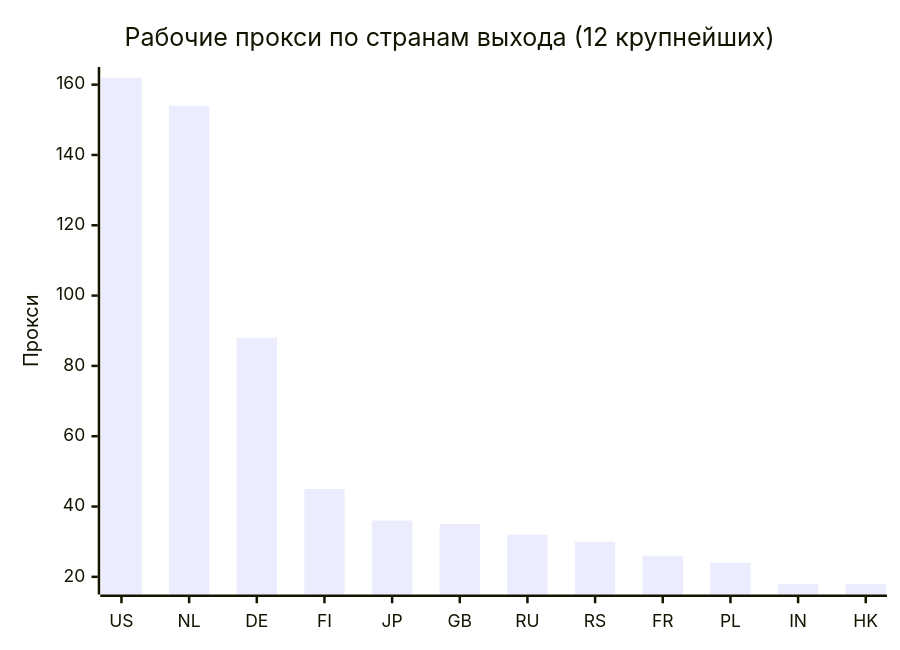
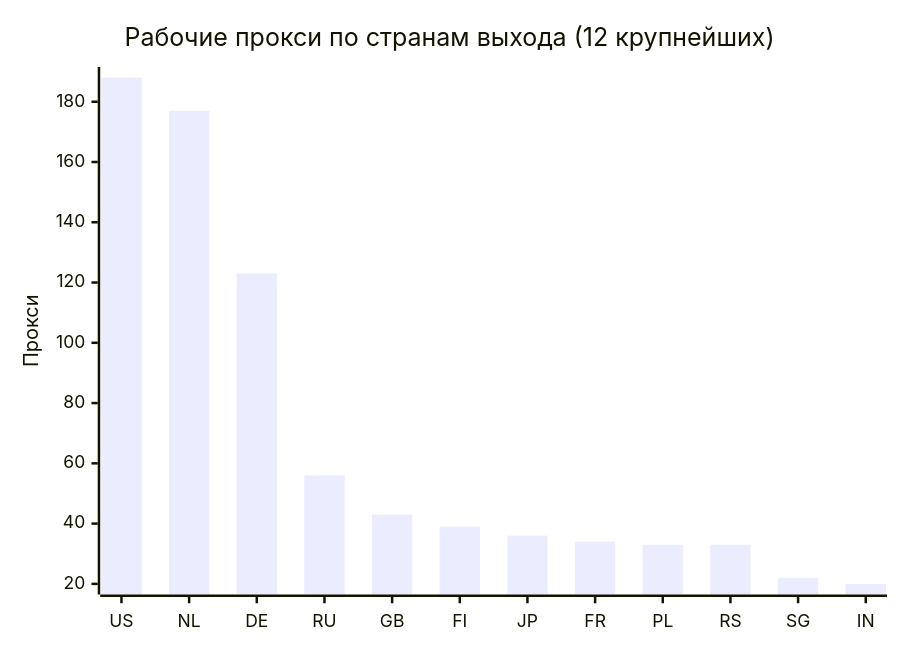
One commit to rvvg/proxy-subs changed the second of 4 diagrams in README.md. Above: the diagram before and after it, drawn with Mermaid. The commit also changed other lines of this file and 49 other files, not shown here.

````diff
--- a/README.md
+++ b/README.md
@@ -128,7 +131,7 @@
 ```mermaid
 xychart-beta
     title "Рабочие прокси по странам выхода (12 крупнейших)"
-    x-axis ["US", "NL", "DE", "FI", "JP", "GB", "RU", "RS", "FR", "PL", "IN", "HK"]
+    x-axis ["US", "NL", "DE", "RU", "GB", "FI", "JP", "FR", "PL", "RS", "SG", "IN"]
     y-axis "Прокси"
-    bar [162, 154, 88, 45, 36, 35, 32, 30, 26, 24, 18, 18]
+    bar [188, 177, 123, 56, 43, 39, 36, 34, 33, 33, 22, 20]
 ```
````
